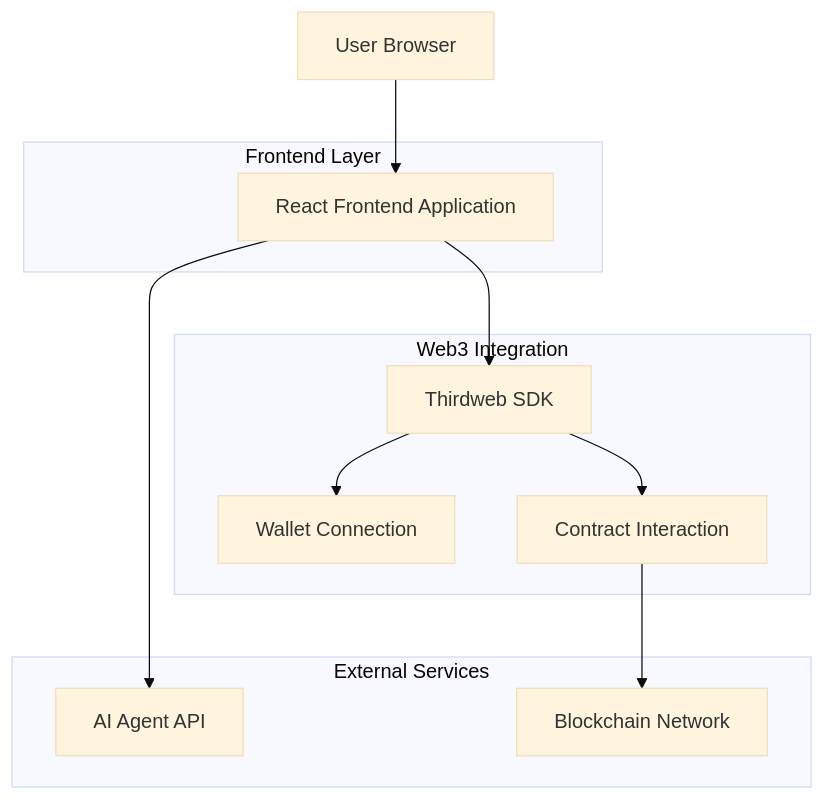
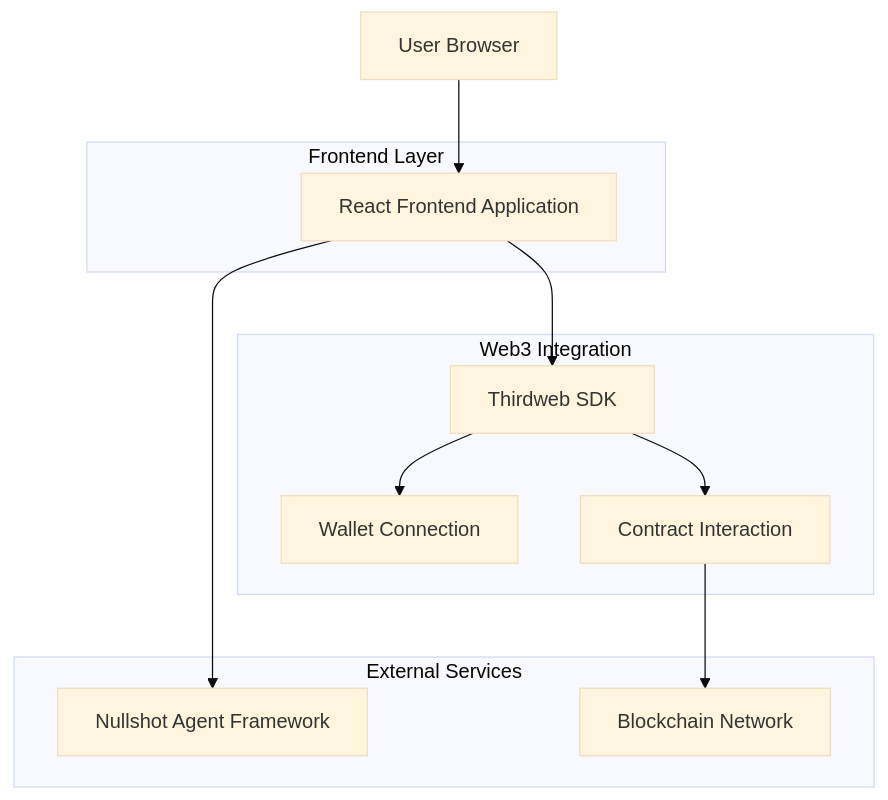
Before and after one commit to SurveySensei/SurveySensei-FE: the diagram in .trae/documents/survey-creation-technical-architecture.md, drawn with Mermaid (base theme). The commit also changed other lines of this file and 1 other file, not shown here.

Commit message:
Docs(PRD/Architecture): switch to Nullshot Agent Framework and add MCP integration sections

````diff
--- a/.trae/documents/survey-creation-technical-architecture.md
+++ b/.trae/documents/survey-creation-technical-architecture.md
@@ -3,24 +3,24 @@
 ```mermaid
 graph TD
   A[User Browser] --> B[React Frontend Application]
   B --> C[Thirdweb SDK]
   C --> D[Wallet Connection]
   C --> E[Contract Interaction]
-  B --> F[AI Agent API]
+  B --> F[Nullshot Agent Framework]
   E --> G[Blockchain Network]
 
   subgraph "Frontend Layer"
       B
   end
 
   subgraph "Web3 Integration"
       C
       D
       E
   end
 
   subgraph "External Services"
       F
       G
   end
 ```
````
